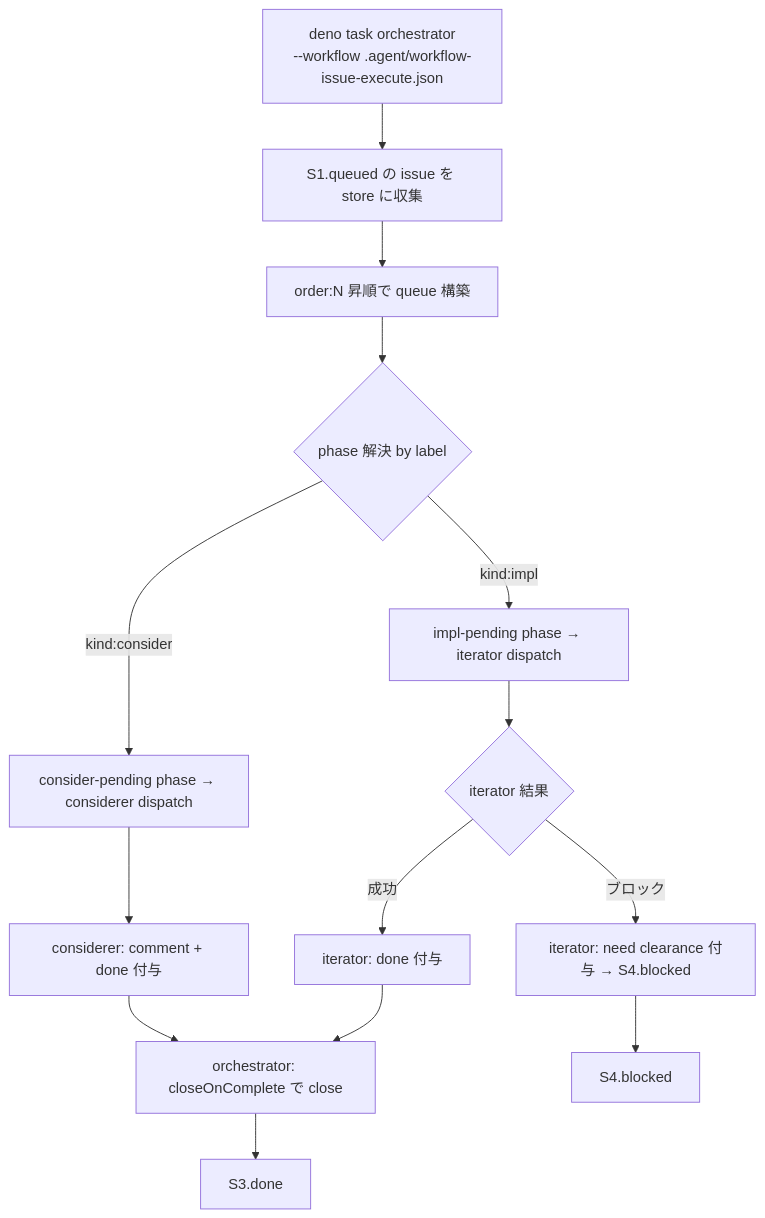
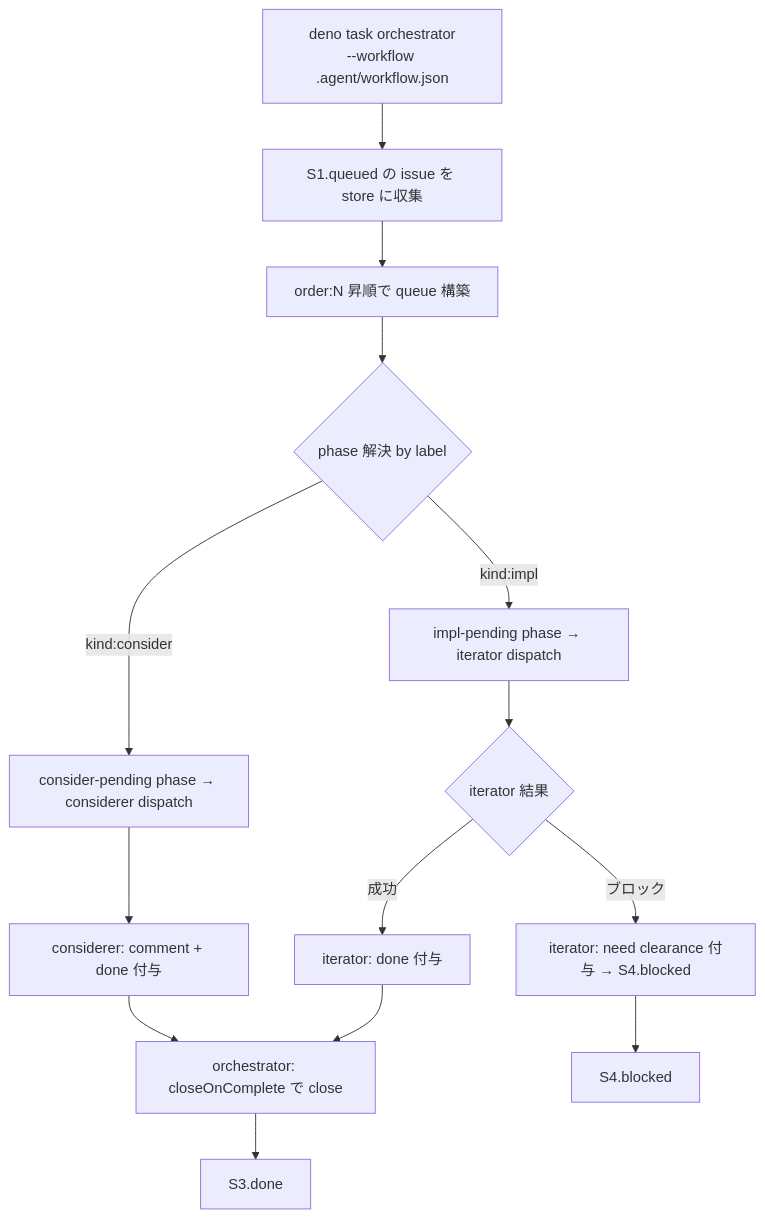
One commit to tettuan/climpt changed the third of 3 diagrams in .agent/workflow-issue-states.md. Above: the diagram before and after it, drawn with Mermaid. The commit also changed other lines of this file and 4 other files, not shown here.

First line of the commit message:
refactor(.agent): rename workflow-issue-execute.json to workflow.json

````diff
--- a/.agent/workflow-issue-states.md
+++ b/.agent/workflow-issue-states.md
@@ -158,19 +158,19 @@
 ```mermaid
 flowchart TD
-    A["deno task orchestrator<br/>--workflow .agent/workflow-issue-execute.json"] --> B[S1.queued の issue を store に収集]
+    A["deno task orchestrator<br/>--workflow .agent/workflow.json"] --> B[S1.queued の issue を store に収集]
     B --> C[order:N 昇順で queue 構築]
     C --> D{phase 解決 by label}
     D -->|kind:impl| E[impl-pending phase → iterator dispatch]
     D -->|kind:consider| F[consider-pending phase → considerer dispatch]
 
     E --> I{iterator 結果}
     I -->|成功| J[iterator: done 付与]
     I -->|ブロック| K[iterator: need clearance 付与 → S4.blocked]
 
     F --> L[considerer: comment + done 付与]
 
     J --> CLOSE[orchestrator: closeOnComplete で close]
     L --> CLOSE
     CLOSE --> M[S3.done]
     K --> M2[S4.blocked]
 ```
````
